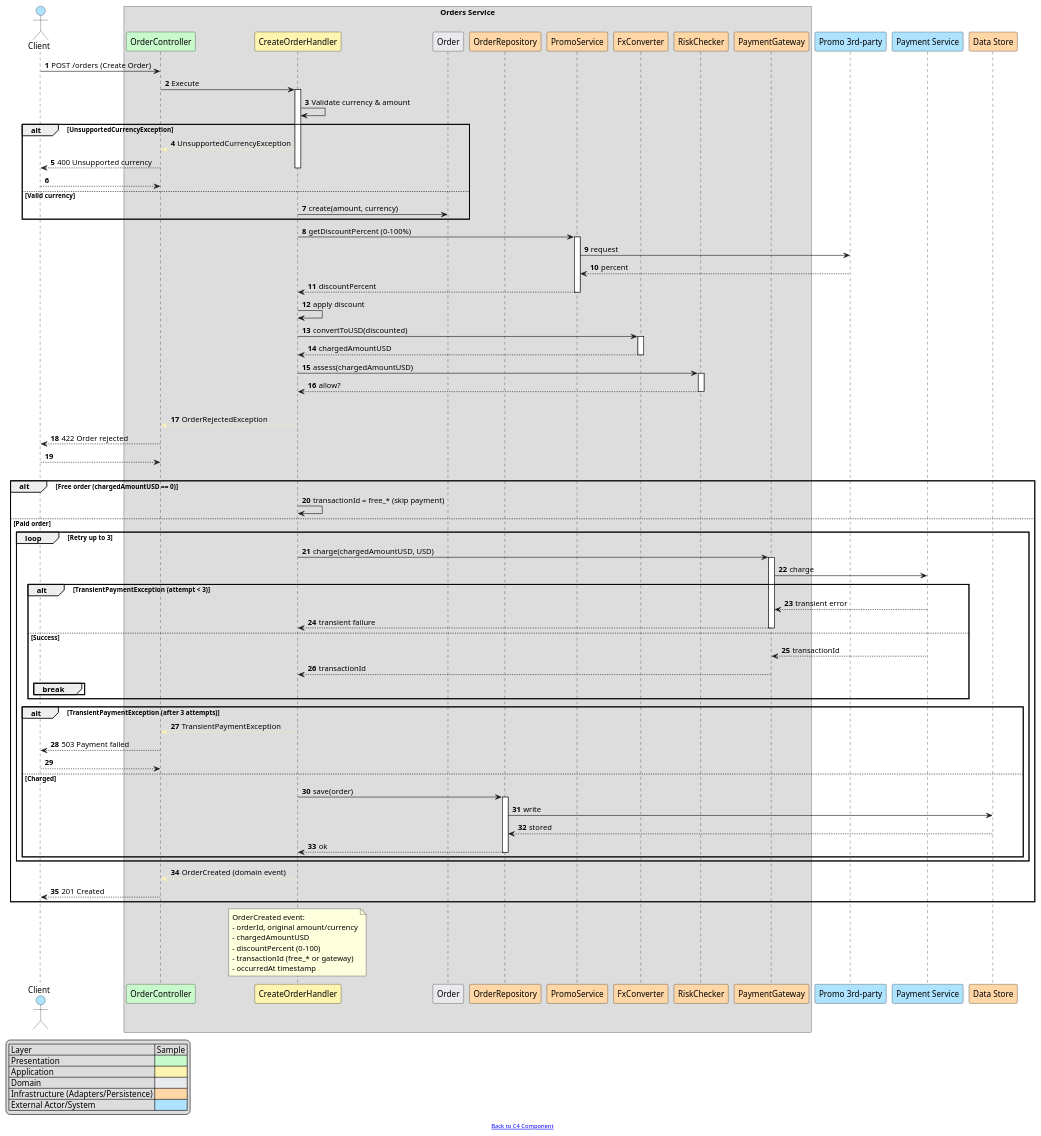
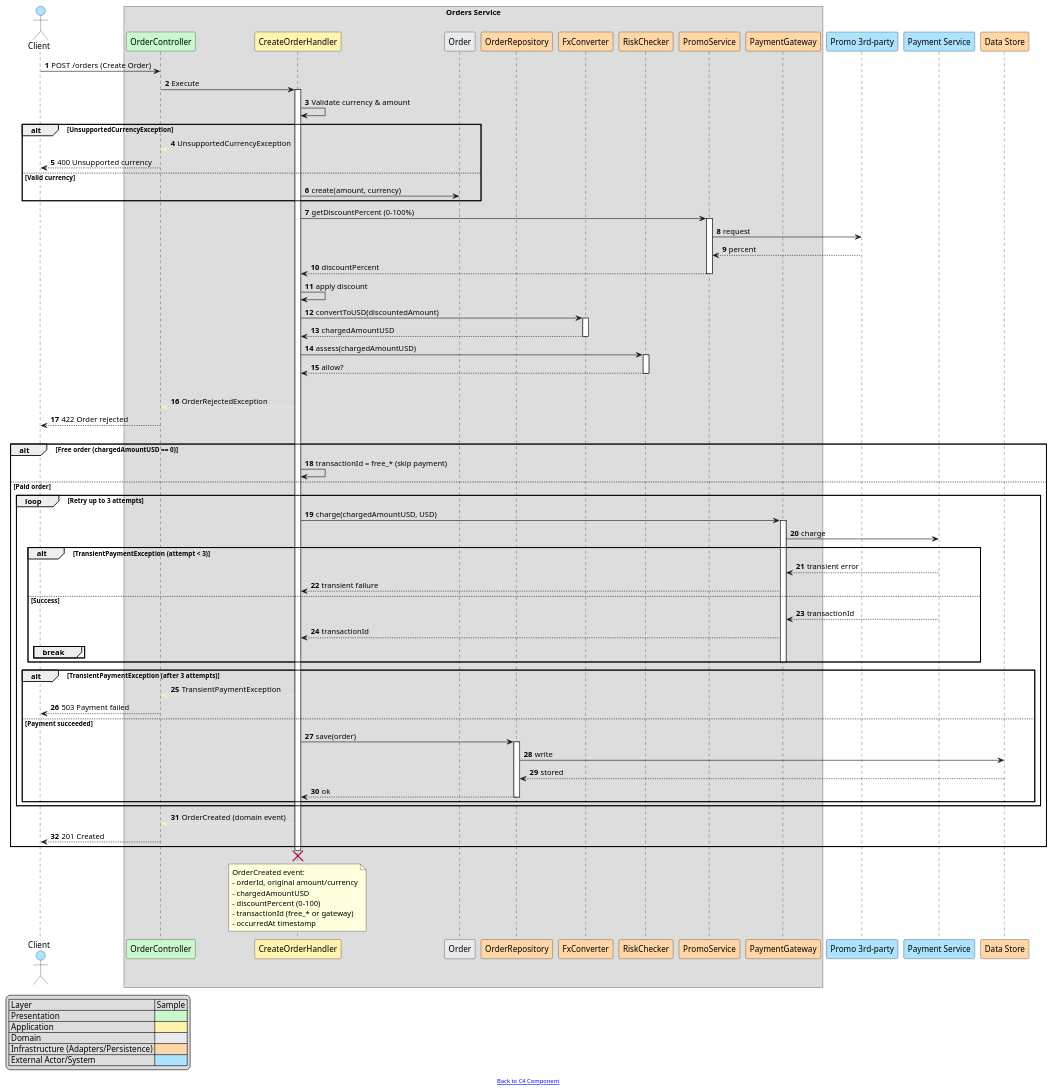
The diagram in docs/sequence-create-order.puml (mundiir/meetup-2025-orders-service), drawn with PlantUML before and after one commit. The commit also changed 7 other files, not shown here.

```diff
--- a/docs/sequence-create-order.puml
+++ b/docs/sequence-create-order.puml
@@ -1,117 +1,110 @@
 @startuml
-' Create Order — Sequence with ports (two-hop), external Promo (blue), colored exception arrows
+' Create Order — Sequence (real code names; ports + two-hop; colored legend)
 autonumber
 
 actor Client #AEE3FF
 
 box "Orders Service" #DDDDDD
   participant OrderController #C7F9CC
   participant CreateOrderHandler #FFF3B0
   participant Order #E8EAED
   participant OrderRepository #FFD6A5
-  participant PromoService #FFD6A5
   participant FxConverter #FFD6A5
   participant RiskChecker #FFD6A5
+  participant PromoService #FFD6A5
   participant PaymentGateway #FFD6A5
 end box
 
 participant "Promo 3rd‑party" as PromoAPI #AEE3FF
-participant "Payment Service" as PaySvc #AEE3FF
+participant "Payment Service" as PaymentAPI #AEE3FF
 participant "Data Store" as DataStore #FFD6A5
 
 Client -> OrderController: POST /orders (Create Order)
 OrderController -> CreateOrderHandler: Execute
 activate CreateOrderHandler
 
 CreateOrderHandler -> CreateOrderHandler: Validate currency & amount
 alt UnsupportedCurrencyException
   CreateOrderHandler -[#FFF3B0]-> OrderController: UnsupportedCurrencyException
   OrderController --> Client: 400 Unsupported currency
-  deactivate CreateOrderHandler
-  return
 else Valid currency
   CreateOrderHandler -> Order: create(amount, currency)
 end
 
 CreateOrderHandler -> PromoService: getDiscountPercent (0–100%)
 activate PromoService
 PromoService -> PromoAPI: request
 PromoAPI --> PromoService: percent
 PromoService --> CreateOrderHandler: discountPercent
 deactivate PromoService
 CreateOrderHandler -> CreateOrderHandler: apply discount
 
-CreateOrderHandler -> FxConverter: convertToUSD(discounted)
+CreateOrderHandler -> FxConverter: convertToUSD(discountedAmount)
 activate FxConverter
 FxConverter --> CreateOrderHandler: chargedAmountUSD
 deactivate FxConverter
 
 CreateOrderHandler -> RiskChecker: assess(chargedAmountUSD)
 activate RiskChecker
 RiskChecker --> CreateOrderHandler: allow?
 deactivate RiskChecker
 
 alt OrderRejectedException
   CreateOrderHandler -[#FFF3B0]-> OrderController: OrderRejectedException
   OrderController --> Client: 422 Order rejected
-  deactivate CreateOrderHandler
-  return
 else Accepted
   alt Free order (chargedAmountUSD == 0)
     CreateOrderHandler -> CreateOrderHandler: transactionId = free_* (skip payment)
   else Paid order
-    loop Retry up to 3
+    loop Retry up to 3 attempts
       CreateOrderHandler -> PaymentGateway: charge(chargedAmountUSD, USD)
       activate PaymentGateway
-      PaymentGateway -> PaySvc: charge
+      PaymentGateway -> PaymentAPI: charge
       alt TransientPaymentException (attempt < 3)
-        PaySvc --> PaymentGateway: transient error
+        PaymentAPI --> PaymentGateway: transient error
         PaymentGateway --> CreateOrderHandler: transient failure
-        deactivate PaymentGateway
       else Success
-        PaySvc --> PaymentGateway: transactionId
+        PaymentAPI --> PaymentGateway: transactionId
         PaymentGateway --> CreateOrderHandler: transactionId
-        deactivate PaymentGateway
         break
       end
+      deactivate PaymentGateway
     end
     alt TransientPaymentException (after 3 attempts)
       CreateOrderHandler -[#FFF3B0]-> OrderController: TransientPaymentException
       OrderController --> Client: 503 Payment failed
-      deactivate CreateOrderHandler
-      return
-    else Charged
+    else Payment succeeded
       CreateOrderHandler -> OrderRepository: save(order)
       activate OrderRepository
       OrderRepository -> DataStore: write
       DataStore --> OrderRepository: stored
       OrderRepository --> CreateOrderHandler: ok
       deactivate OrderRepository
     end
   end
   CreateOrderHandler -[#FFF3B0]-> OrderController: OrderCreated (domain event)
   OrderController --> Client: 201 Created
 end
 
+destroy CreateOrderHandler
+
 note over CreateOrderHandler
 OrderCreated event:
 - orderId, original amount/currency
 - chargedAmountUSD
 - discountPercent (0–100)
 - transactionId (free_* or gateway)
 - occurredAt timestamp
 end note
-
-autonumber stop
 
 legend left
   | Layer | Sample |
   | Presentation | <#C7F9CC> |
   | Application | <#FFF3B0> |
   | Domain | <#E8EAED> |
   | Infrastructure (Adapters/Persistence) | <#FFD6A5> |
   | External Actor/System | <#AEE3FF> |
 endlegend
 
 footer [[https://mundiir.github.io/meetup-2025-orders-service/c4-component.svg Back to C4 Component]]
 @enduml
```
